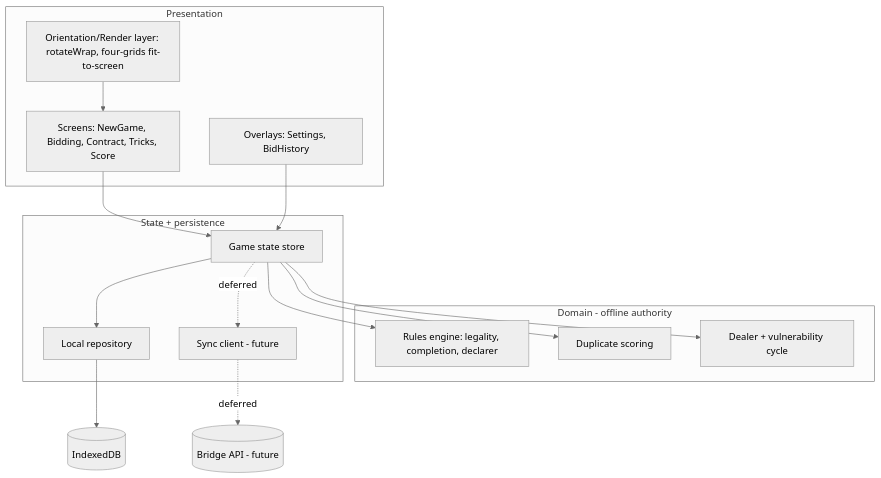
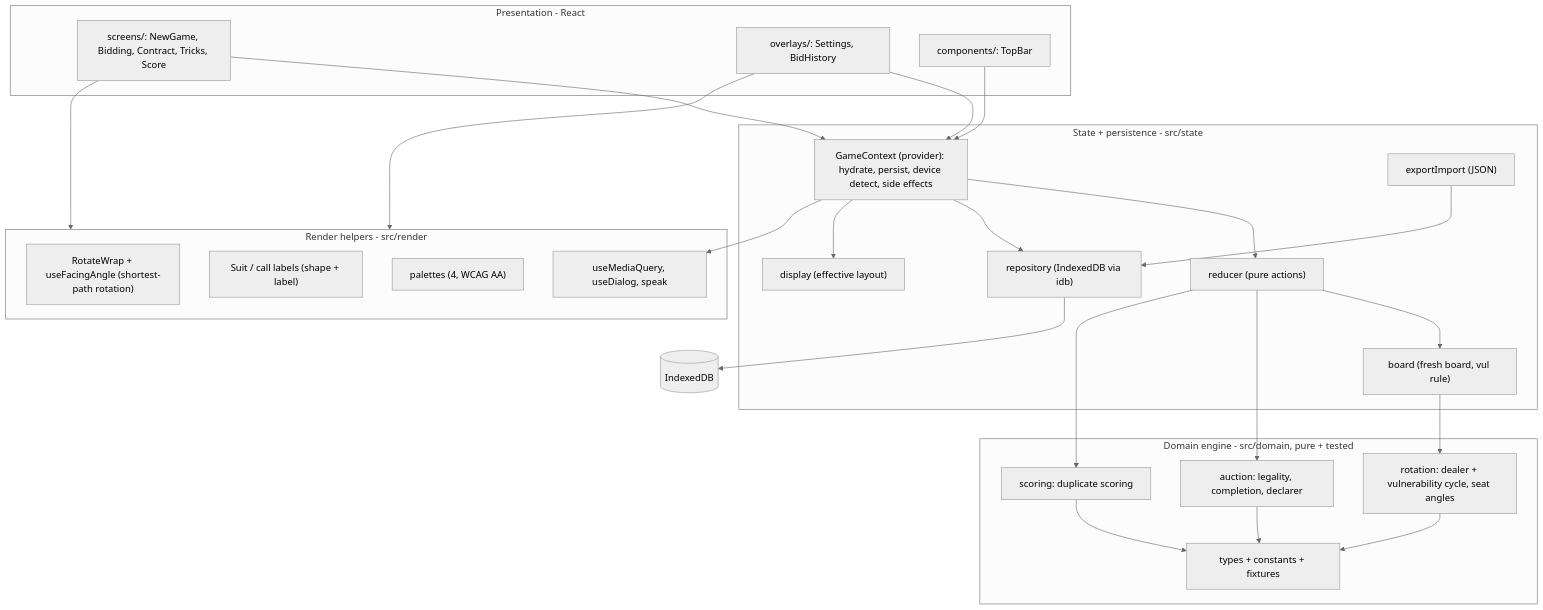
One commit to levijsbris/Bidding-Box changed the fourth of 14 diagrams in docs/ARCHITECTURE.md. Above: the diagram before and after it, drawn with Mermaid (neutral theme). The commit also changed other lines of this file and 4 other files, not shown here.

First line of the commit message:
Revise architecture docs to as-built; refresh C4 + cloud diagrams

````diff
--- a/docs/ARCHITECTURE.md
+++ b/docs/ARCHITECTURE.md
@@ -103,28 +131,47 @@
 ```mermaid
 flowchart TD
-    subgraph UI[Presentation]
-        Screens[Screens: NewGame, Bidding, Contract, Tricks, Score]
-        Overlays[Overlays: Settings, BidHistory]
-        Orient[Orientation/Render layer: rotateWrap, four-grids fit-to-screen]
+    subgraph UI[Presentation - React]
+        Screens["screens/: NewGame, Bidding, Contract, Tricks, Score"]
+        Overlays["overlays/: Settings, BidHistory"]
+        Comp["components/: TopBar"]
     end
-    subgraph Domain[Domain - offline authority]
-        Engine[Rules engine: legality, completion, declarer]
-        Scoring[Duplicate scoring]
-        Rotation[Dealer + vulnerability cycle]
+    subgraph Render[Render helpers - src/render]
+        Rotate["RotateWrap + useFacingAngle (shortest-path rotation)"]
+        Suit["Suit / call labels (shape + label)"]
+        Palettes["palettes (4, WCAG AA)"]
+        Hooks["useMediaQuery, useDialog, speak"]
     end
-    subgraph StateLayer[State + persistence]
-        Store[Game state store]
-        Repo[Local repository]
-        SyncC[Sync client]
+    subgraph StateLayer[State + persistence - src/state]
+        Ctx["GameContext (provider): hydrate, persist, device detect, side effects"]
+        Reducer["reducer (pure actions)"]
+        Display["display (effective layout)"]
+        Board["board (fresh board, vul rule)"]
+        Repo["repository (IndexedDB via idb)"]
+        IO["exportImport (JSON)"]
     end
-    Screens --> Store
-    Overlays --> Store
-    Orient --> Screens
-    Store --> Engine
-    Store --> Scoring
-    Store --> Rotation
-    Store --> Repo
+    subgraph Domain[Domain engine - src/domain, pure + tested]
+        Auction["auction: legality, completion, declarer"]
+        Scoring["scoring: duplicate scoring"]
+        Rotation["rotation: dealer + vulnerability cycle, seat angles"]
+        Types["types + constants + fixtures"]
+    end
+
+    Screens --> Ctx
+    Overlays --> Ctx
+    Comp --> Ctx
+    Screens --> Render
+    Overlays --> Render
+    Ctx --> Reducer
+    Ctx --> Repo
+    Ctx --> Display
+    Ctx --> Hooks
+    Reducer --> Board
+    Reducer --> Auction
+    Reducer --> Scoring
+    Board --> Rotation
     Repo --> IDB[(IndexedDB)]
-    Store -.->|deferred| SyncC[Sync client - future]
-    SyncC -.->|deferred| API[(Bridge API - future)]
+    IO --> Repo
+    Auction --> Types
+    Scoring --> Types
+    Rotation --> Types
 ```
````
